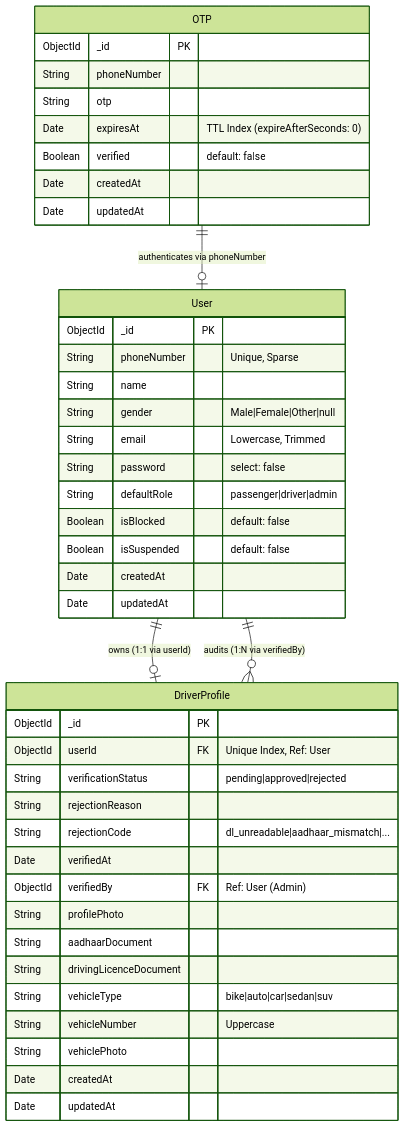
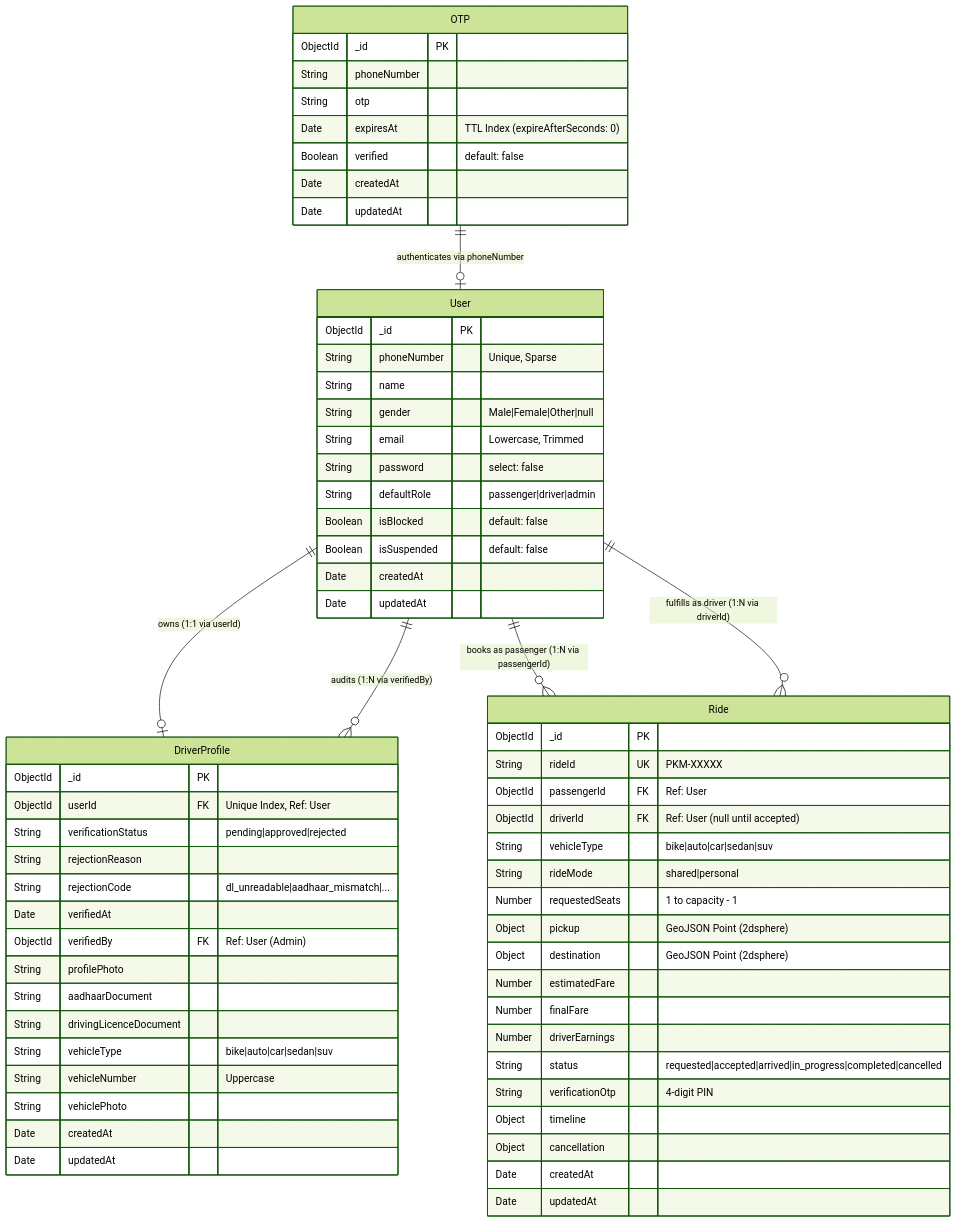
Before and after one commit to Prathibanshiva/PickMe: the diagram in docs/DATABASE_SCHEMA.md, drawn with Mermaid (forest theme). The commit also changed other lines of this file and 47 other files, not shown here.

Commit message:
feat: integrate Google Maps, passenger booking and ride lifecycle half implemented still needs verification

````diff
--- a/docs/DATABASE_SCHEMA.md
+++ b/docs/DATABASE_SCHEMA.md
@@ -126,48 +168,71 @@
 ```mermaid
 erDiagram
     User ||--o| DriverProfile : "owns (1:1 via userId)"
     User ||--o{ DriverProfile : "audits (1:N via verifiedBy)"
     OTP ||--o| User : "authenticates via phoneNumber"
+    User ||--o{ Ride : "books as passenger (1:N via passengerId)"
+    User ||--o{ Ride : "fulfills as driver (1:N via driverId)"
 
     User {
         ObjectId _id PK
         String phoneNumber "Unique, Sparse"
         String name
         String gender "Male|Female|Other|null"
         String email "Lowercase, Trimmed"
         String password "select: false"
         String defaultRole "passenger|driver|admin"
         Boolean isBlocked "default: false"
         Boolean isSuspended "default: false"
         Date createdAt
         Date updatedAt
     }
 
     DriverProfile {
         ObjectId _id PK
         ObjectId userId FK "Unique Index, Ref: User"
         String verificationStatus "pending|approved|rejected"
         String rejectionReason
         String rejectionCode "dl_unreadable|aadhaar_mismatch|..."
         Date verifiedAt
         ObjectId verifiedBy FK "Ref: User (Admin)"
         String profilePhoto
         String aadhaarDocument
         String drivingLicenceDocument
         String vehicleType "bike|auto|car|sedan|suv"
         String vehicleNumber "Uppercase"
         String vehiclePhoto
         Date createdAt
         Date updatedAt
     }
 
+    Ride {
+        ObjectId _id PK
+        String rideId UK "PKM-XXXXX"
+        ObjectId passengerId FK "Ref: User"
+        ObjectId driverId FK "Ref: User (null until accepted)"
+        String vehicleType "bike|auto|car|sedan|suv"
+        String rideMode "shared|personal"
+        Number requestedSeats "1 to capacity - 1"
+        Object pickup "GeoJSON Point (2dsphere)"
+        Object destination "GeoJSON Point (2dsphere)"
+        Number estimatedFare
+        Number finalFare
+        Number driverEarnings
+        String status "requested|accepted|arrived|in_progress|completed|cancelled"
+        String verificationOtp "4-digit PIN"
+        Object timeline
+        Object cancellation
+        Date createdAt
+        Date updatedAt
+    }
+
     OTP {
         ObjectId _id PK
         String phoneNumber
         String otp
         Date expiresAt "TTL Index (expireAfterSeconds: 0)"
         Boolean verified "default: false"
         Date createdAt
         Date updatedAt
     }
 ```
````
